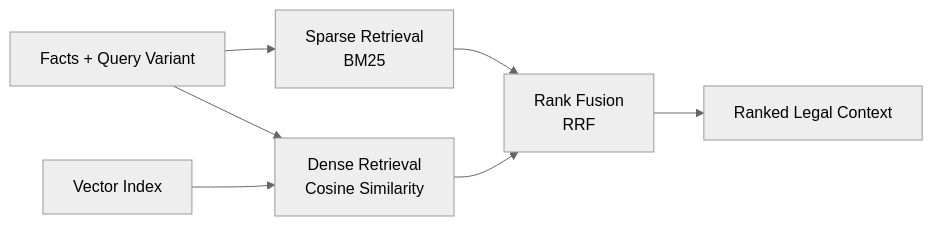
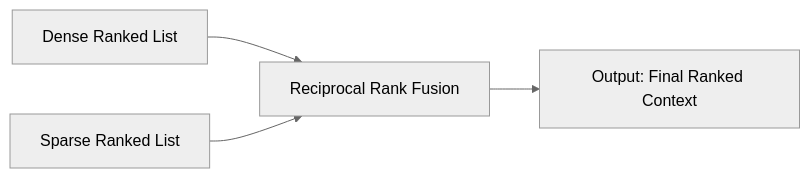
One commit to delisha02/droitdraft changed the sixth of 8 diagrams in docs/implementation.md. Above: the diagram before and after it, drawn with Mermaid (neutral theme). The commit also changed other lines of this file, not shown here.

Commit message:
Restructure 6.2 into algorithm-first query transformation steps

````diff
--- a/docs/implementation.md
+++ b/docs/implementation.md
@@ -105,9 +132,6 @@
 ```mermaid
 flowchart LR
-    F["Facts + Query Variant"] --> BM["Sparse Retrieval\nBM25"]
-    F --> DS["Dense Retrieval\nCosine Similarity"]
-    IDX["Vector Index"] --> DS
-    BM --> RRF["Rank Fusion\nRRF"]
-    DS --> RRF
-    RRF --> CTX["Ranked Legal Context"]
+    DR["Dense Ranked List"] --> RRF["Reciprocal Rank Fusion"]
+    SR["Sparse Ranked List"] --> RRF
+    RRF --> CTX["Output: Final Ranked Context"]
 ```
````
